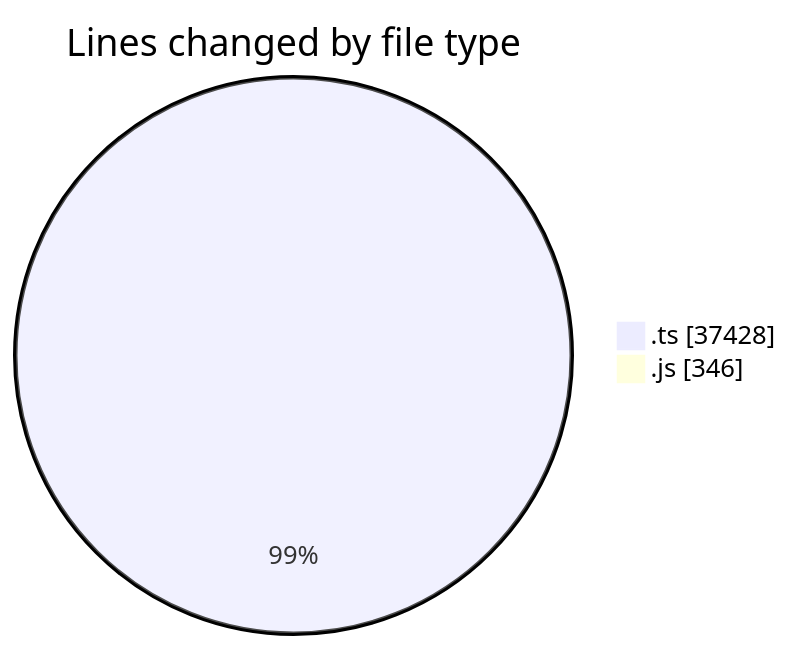
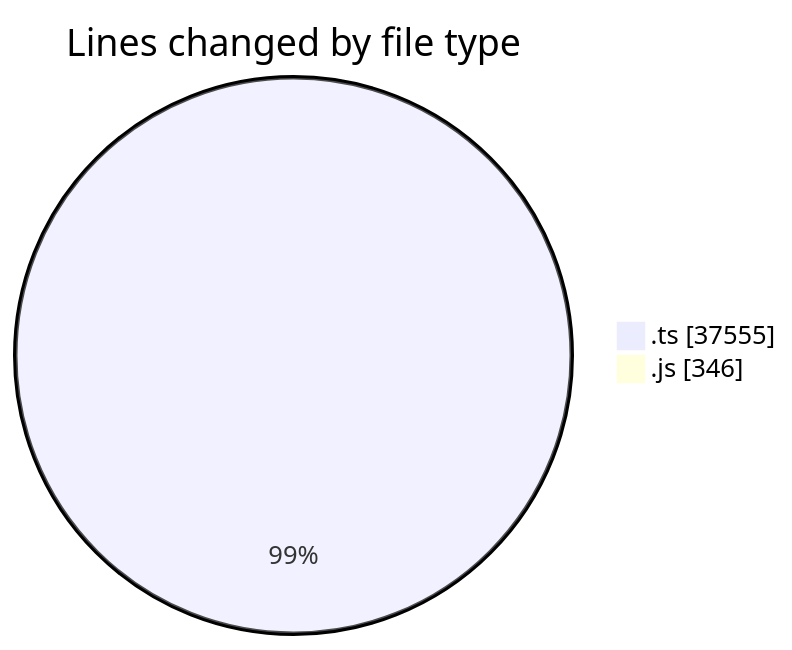
The first of 2 diagrams in 2025-09-29/cda/README.md (momahboobian/code-tracking), drawn with Mermaid before and after one commit. The commit also changed other lines of this file and 1 other file, not shown here.

````diff
--- a/2025-09-29/cda/README.md
+++ b/2025-09-29/cda/README.md
@@ -25,6 +25,6 @@
 ```mermaid
 pie showData
 title Lines changed by file type
-".ts" : 37428
+".ts" : 37555
 ".js" : 346
 ```
````
